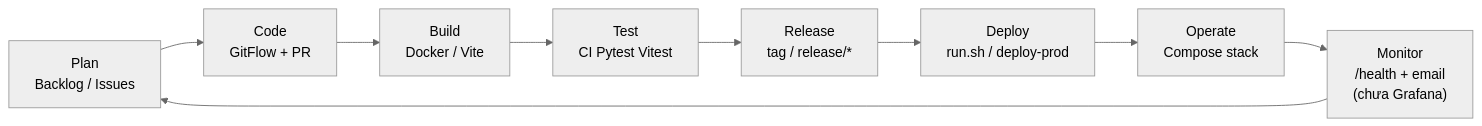
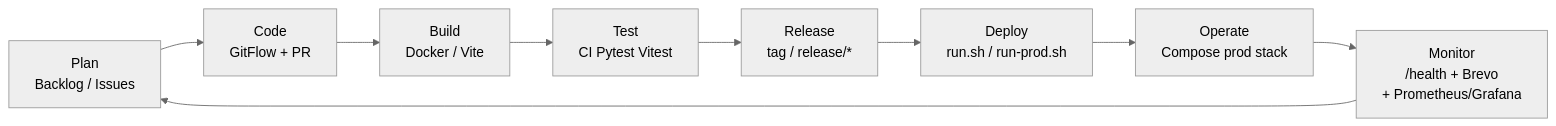
One commit to se-bros/hcmus-projectmanage--lab changed the third of 4 diagrams in final-exam/preparation/5_CICD_DevOps_Testing/README.md. Above: the diagram before and after it, drawn with Mermaid (neutral theme). The commit also changed other lines of this file and 5 other files, not shown here.

````diff
--- a/final-exam/preparation/5_CICD_DevOps_Testing/README.md
+++ b/final-exam/preparation/5_CICD_DevOps_Testing/README.md
@@ -134,11 +133,11 @@
 ```mermaid
 flowchart LR
     Plan["Plan<br/>Backlog / Issues"] --> Code["Code<br/>GitFlow + PR"]
     Code --> Build["Build<br/>Docker / Vite"]
     Build --> Test["Test<br/>CI Pytest Vitest"]
     Test --> Release["Release<br/>tag / release/*"]
-    Release --> Deploy["Deploy<br/>run.sh / deploy-prod"]
-    Deploy --> Operate["Operate<br/>Compose stack"]
-    Operate --> Monitor["Monitor<br/>/health + email<br/>(chưa Grafana)"]
+    Release --> Deploy["Deploy<br/>run.sh / run-prod.sh"]
+    Deploy --> Operate["Operate<br/>Compose prod stack"]
+    Operate --> Monitor["Monitor<br/>/health + Brevo<br/>+ Prometheus/Grafana"]
     Monitor --> Plan
 ```
````
